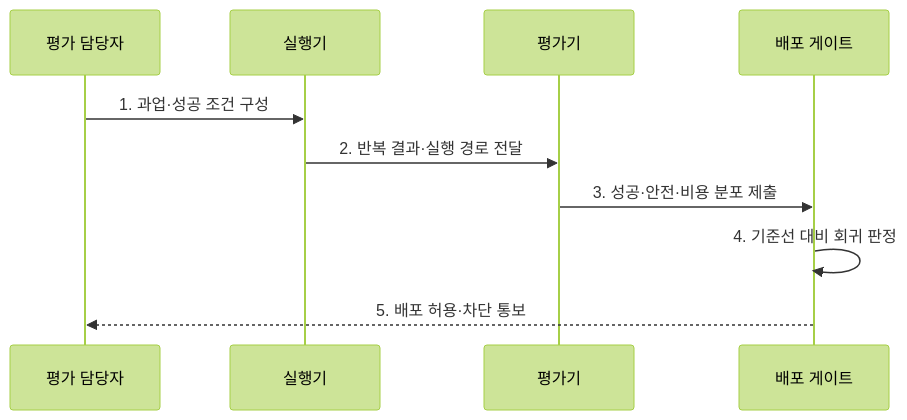
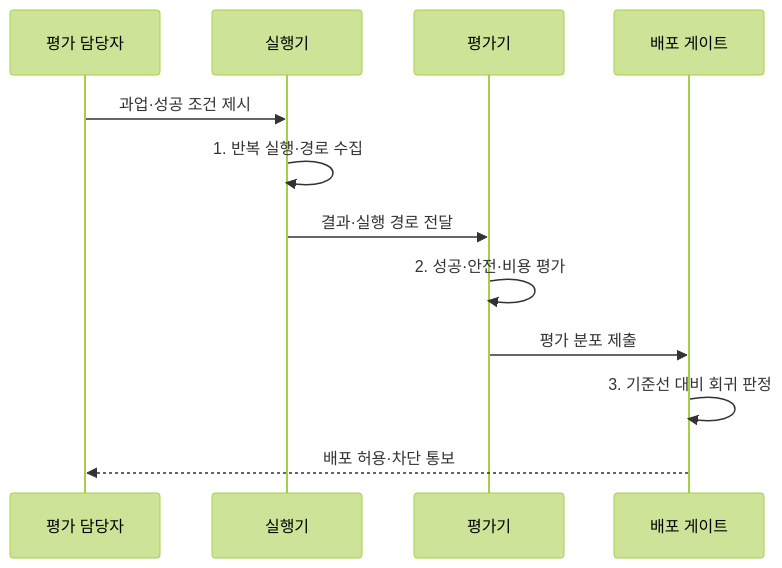
The second of 2 diagrams in src/content/docs/notes/08-latest-tech/021_agent_evaluation.md (agnusdei1207/knowledge-base), drawn with Mermaid (forest theme) before and after one commit. The commit also changed other lines of this file and 225 other files, not shown here.

````diff
--- a/src/content/docs/notes/08-latest-tech/021_agent_evaluation.md
+++ b/src/content/docs/notes/08-latest-tech/021_agent_evaluation.md
@@ -76,12 +76,14 @@
 ```mermaid
 sequenceDiagram
     participant H as 평가 담당자
     participant R as 실행기
     participant V as 평가기
     participant G as 배포 게이트
-    H->>R: 1. 과업·성공 조건 구성
-    R->>V: 2. 반복 결과·실행 경로 전달
-    V->>G: 3. 성공·안전·비용 분포 제출
-    G->>G: 4. 기준선 대비 회귀 판정
-    G-->>H: 5. 배포 허용·차단 통보
+    H->>R: 과업·성공 조건 제시
+    R->>R: 1. 반복 실행·경로 수집
+    R->>V: 결과·실행 경로 전달
+    V->>V: 2. 성공·안전·비용 평가
+    V->>G: 평가 분포 제출
+    G->>G: 3. 기준선 대비 회귀 판정
+    G-->>H: 배포 허용·차단 통보
 ```
````
